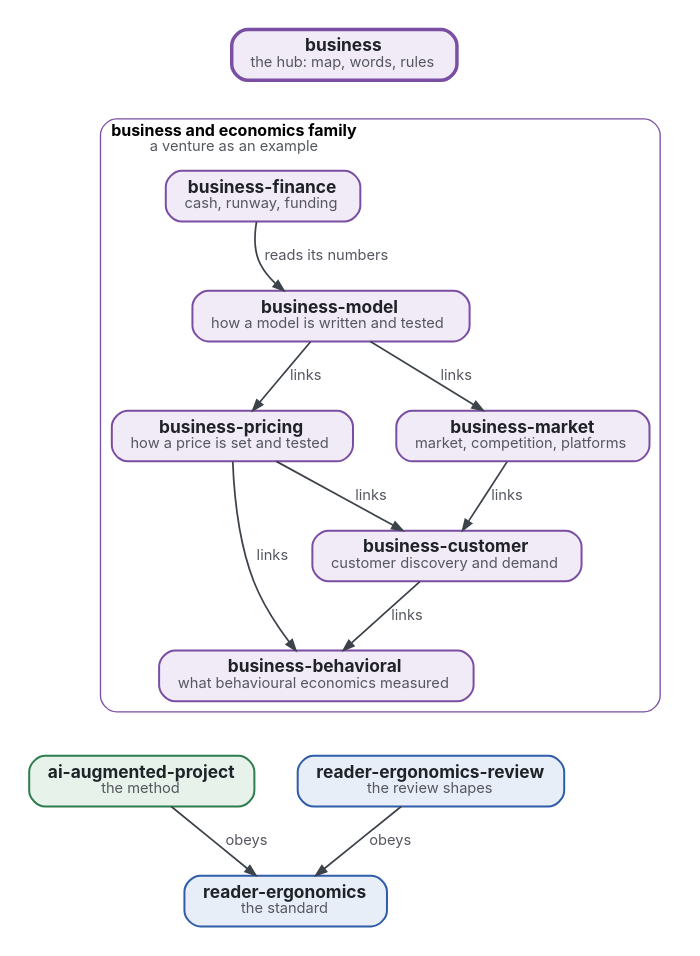
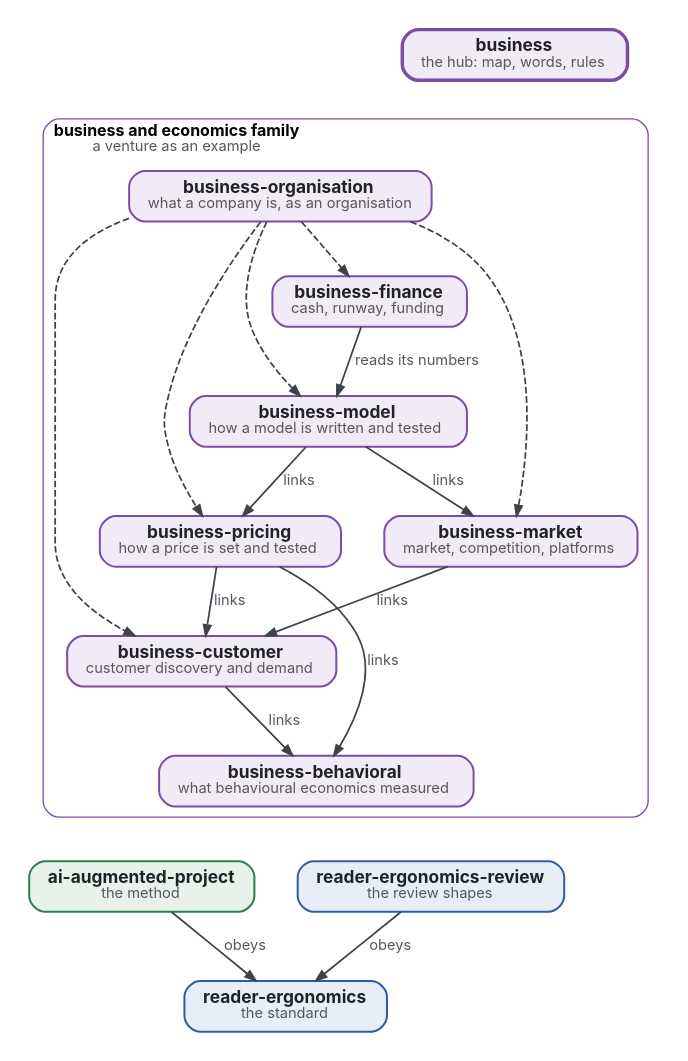
The diagram in map.dot (Tewf/business), drawn with Graphviz before and after one commit. The commit also changed 3 other files, not shown here.

First line of the commit message:
Add business-organisation to the family's map and member table

```diff
--- a/map.dot
+++ b/map.dot
@@ -1,33 +1,40 @@
 // The map of the business-and-economics family. Colours: business family purple, AI-augmented family green, reader-ergonomics family blue;
-// this page, the hub, has the thick border and nothing points to it. An arrow reads: uses, or links to.
+// this page, the hub, has the thick border and nothing points to it. An arrow reads: uses, or links to; a dashed one, links for what that member holds.
 digraph map {
   graph [rankdir=TB, nodesep=0.45, ranksep=0.55, bgcolor="white", pad=0.2, fontname="Inter"];
   node  [shape=box, style="rounded,filled", fontname="Inter", fontsize=13, margin="0.2,0.1", penwidth=1.5, fontcolor="#1F2328"];
   edge  [fontname="Inter", fontsize=11, color="#3D434B", fontcolor="#55575F", penwidth=1.3, arrowsize=0.8];
   subgraph cluster_b {
     label=<<b>business and economics family</b><br/><font point-size="11" color="#55575F">a venture as an example</font>>; labeljust=l; style="rounded"; color="#7A4FA3"; fontname="Inter"; fontsize=12;
     business_model [label=<<b>business-model</b><br/><font point-size="11" color="#55575F">how a model is written and tested</font>>, fillcolor="#F1EAF7", color="#7A4FA3"];
     business_pricing [label=<<b>business-pricing</b><br/><font point-size="11" color="#55575F">how a price is set and tested</font>>, fillcolor="#F1EAF7", color="#7A4FA3"];
     business_customer [label=<<b>business-customer</b><br/><font point-size="11" color="#55575F">customer discovery and demand</font>>, fillcolor="#F1EAF7", color="#7A4FA3"];
     business_finance [label=<<b>business-finance</b><br/><font point-size="11" color="#55575F">cash, runway, funding</font>>, fillcolor="#F1EAF7", color="#7A4FA3"];
     business_behavioral [label=<<b>business-behavioral</b><br/><font point-size="11" color="#55575F">what behavioural economics measured</font>>, fillcolor="#F1EAF7", color="#7A4FA3"];
     business_market [label=<<b>business-market</b><br/><font point-size="11" color="#55575F">market, competition, platforms</font>>, fillcolor="#F1EAF7", color="#7A4FA3"];
+    business_organisation [label=<<b>business-organisation</b><br/><font point-size="11" color="#55575F">what a company is, as an organisation</font>>, fillcolor="#F1EAF7", color="#7A4FA3"];
   }
   HUB [label=<<b>business</b><br/><font point-size="11" color="#55575F">the hub: map, words, rules</font>>, fillcolor="#F1EAF7", color="#7A4FA3", penwidth=2.6];
   AP [label=<<b>ai-augmented-project</b><br/><font point-size="11" color="#55575F">the method</font>>, fillcolor="#E6F2EA", color="#2E7D4F"];
   RV [label=<<b>reader-ergonomics-review</b><br/><font point-size="11" color="#55575F">the review shapes</font>>, fillcolor="#E8EEF8", color="#2F5DA8"];
   RE [label=<<b>reader-ergonomics</b><br/><font point-size="11" color="#55575F">the standard</font>>, fillcolor="#E8EEF8", color="#2F5DA8"];
   HUB -> business_model [style=invis];
   HUB -> business_finance [style=invis];
+  HUB -> business_organisation [style=invis];
   business_model -> business_pricing [label=" links"];
   business_model -> business_market [label=" links"];
   business_finance -> business_model [label=" reads its numbers"];
   business_pricing -> business_customer [label=" links"];
   business_pricing -> business_behavioral [label=" links"];
   business_market -> business_customer [label=" links"];
+  business_organisation -> business_model [style=dashed];
+  business_organisation -> business_finance [style=dashed];
+  business_organisation -> business_customer [style=dashed];
+  business_organisation -> business_pricing [style=dashed];
+  business_organisation -> business_market [style=dashed];
   business_customer -> business_behavioral [label=" links"];
   business_behavioral -> AP [style=invis];
   business_behavioral -> RV [style=invis];
   AP -> RE [label=" obeys"];
   RV -> RE [label=" obeys"];
 }
```
